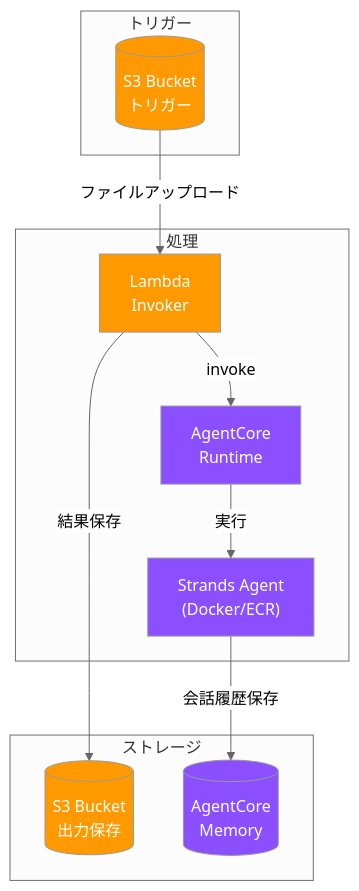
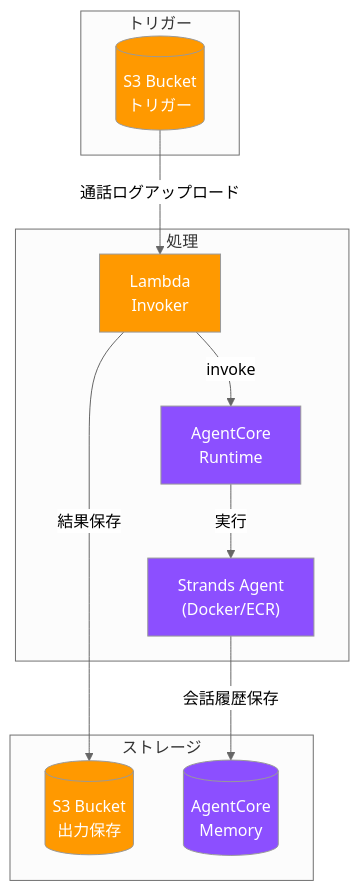
One commit to kamo-shika/terraform_agentcore changed the first of 2 diagrams in docs/architecture.md. Above: the diagram before and after it, drawn with Mermaid (neutral theme). The commit also changed other lines of this file and 17 other files, not shown here.

````diff
--- a/docs/architecture.md
+++ b/docs/architecture.md
@@ -7,30 +7,30 @@
 ```mermaid
 flowchart TB
     subgraph trigger["トリガー"]
         S3In[("S3 Bucket<br/>トリガー")]
     end
 
     subgraph processing["処理"]
         Lambda["Lambda<br/>Invoker"]
         Runtime["AgentCore<br/>Runtime"]
         Agent["Strands Agent<br/>(Docker/ECR)"]
     end
 
     subgraph storage["ストレージ"]
         S3Out[("S3 Bucket<br/>出力保存")]
         Memory[("AgentCore<br/>Memory")]
     end
 
-    S3In -->|"ファイルアップロード"| Lambda
+    S3In -->|"通話ログアップロード"| Lambda
     Lambda -->|"invoke"| Runtime
     Runtime -->|"実行"| Agent
     Agent -->|"会話履歴保存"| Memory
     Lambda -->|"結果保存"| S3Out
 
     style S3In fill:#ff9900,color:#fff
     style S3Out fill:#ff9900,color:#fff
     style Lambda fill:#ff9900,color:#fff
     style Runtime fill:#8c4fff,color:#fff
     style Agent fill:#8c4fff,color:#fff
     style Memory fill:#8c4fff,color:#fff
 ```
````
